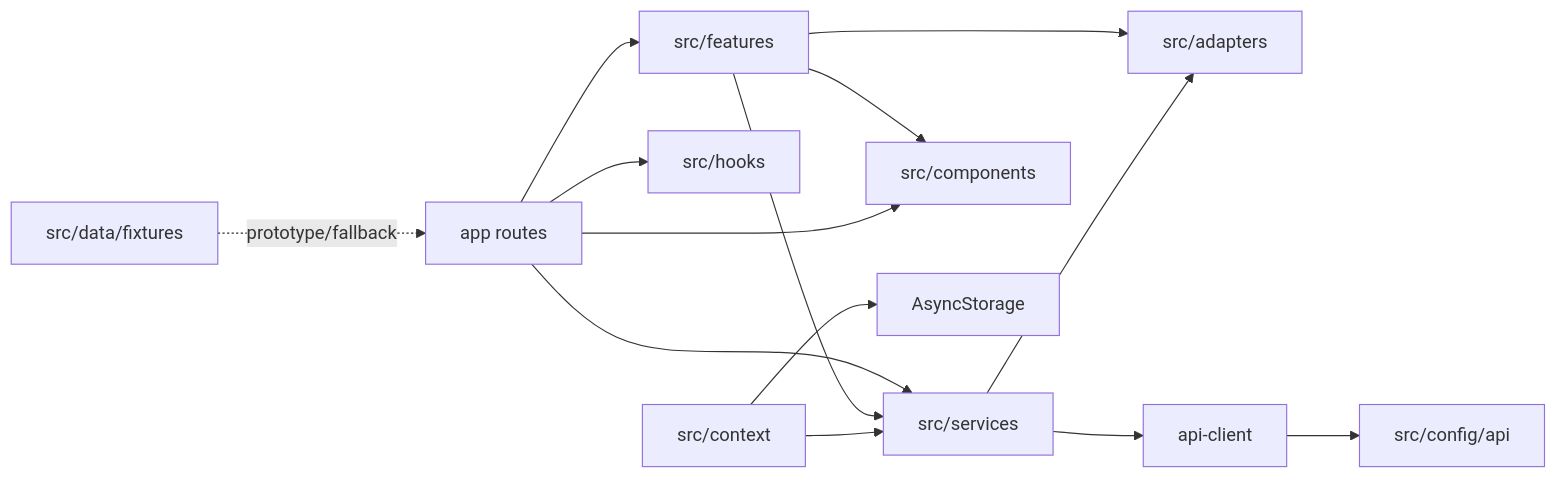
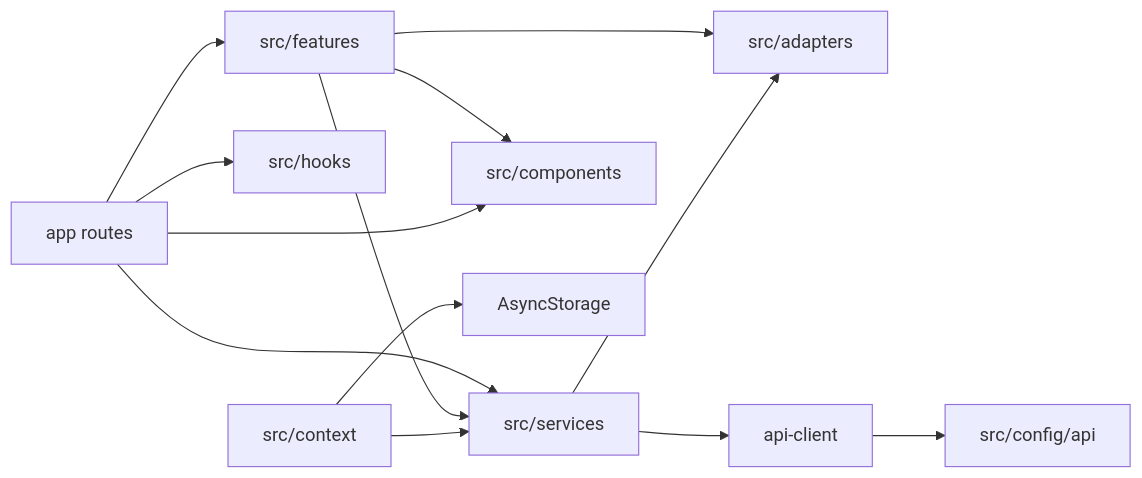
Before and after one commit to WDP-HorseRacing/horse-racing-mobile: the second of 3 diagrams in docs/learning/02-ARCHITECTURE.md, drawn with Mermaid. The commit also changed other lines of this file and 45 other files, not shown here.

```diff
--- a/docs/learning/02-ARCHITECTURE.md
+++ b/docs/learning/02-ARCHITECTURE.md
@@ -50,16 +50,15 @@
 ~~~mermaid
 flowchart LR
   app[app routes] --> features[src/features]
   app --> hooks[src/hooks]
   app --> services[src/services]
   features --> services
   features --> adapters[src/adapters]
   services --> adapters
   services --> client[api-client]
   client --> config[src/config/api]
   features --> components[src/components]
   app --> components
   contexts[src/context] --> services
   contexts --> storage[AsyncStorage]
-  mocks[src/data/fixtures] -. prototype/fallback .-> app
 ~~~
```
